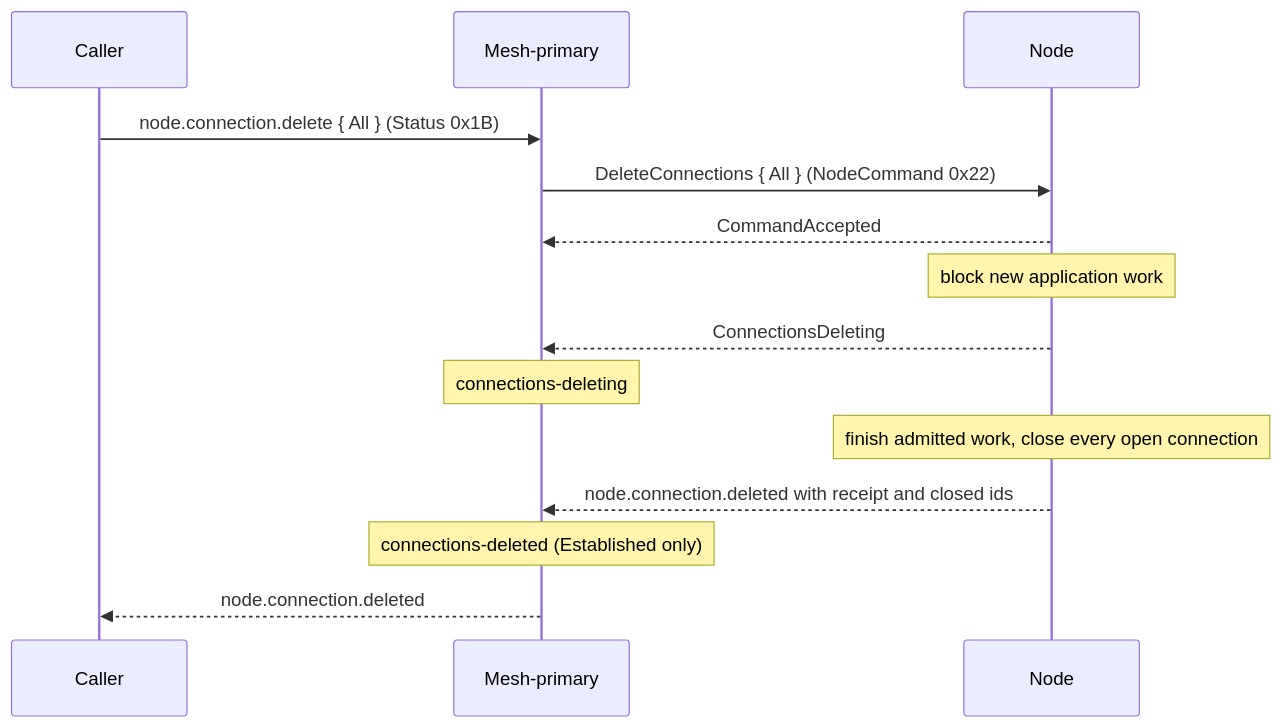
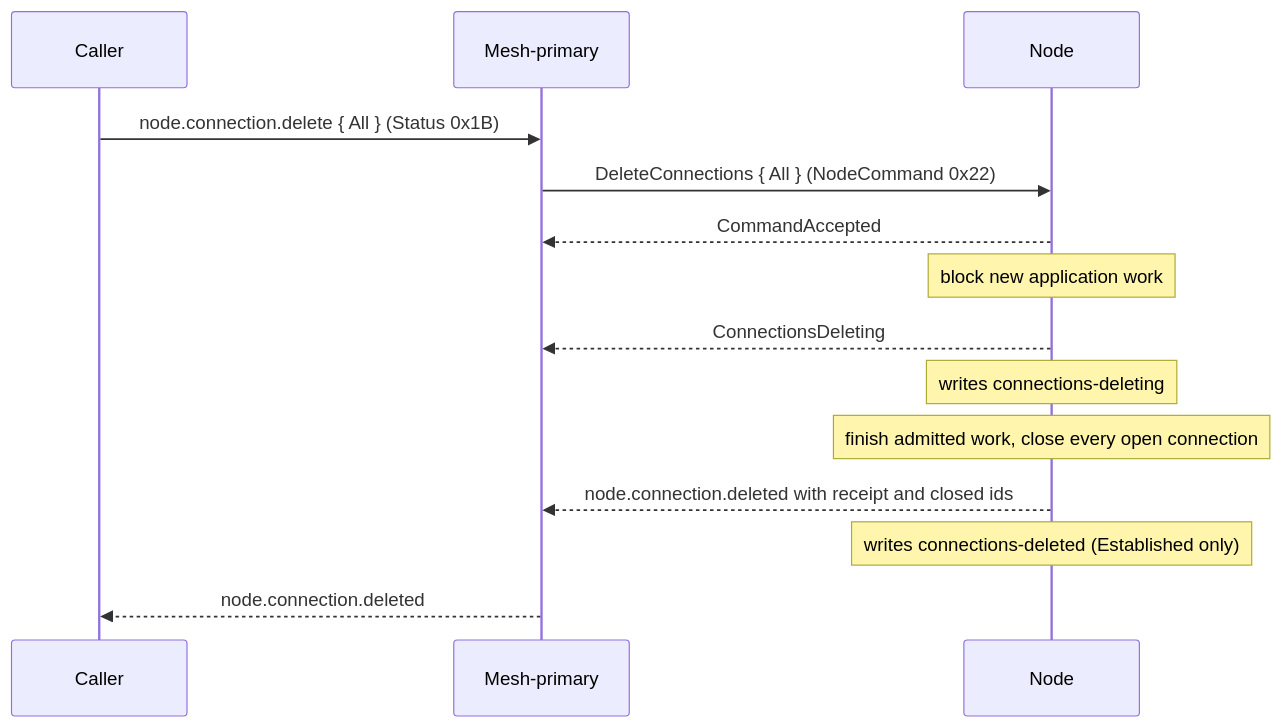
The diagram in docs/architecture/lifecycles/node-connections-delete.md (drlukeangel/rust-distributed-mesh), drawn with Mermaid before and after one commit. The commit also changed other lines of this file and 38 other files, not shown here.

First line of the commit message:
docs(architecture, Q368): every lifecycle page has States written, each state's stored line in full and its write marked in the diagram

````diff
--- a/docs/architecture/lifecycles/node-connections-delete.md
+++ b/docs/architecture/lifecycles/node-connections-delete.md
@@ -94,16 +94,16 @@
 ```mermaid
 sequenceDiagram
     participant C as Caller
     participant M as Mesh-primary
     participant N as Node
     C->>M: node.connection.delete { All } (Status 0x1B)
     M->>N: DeleteConnections { All } (NodeCommand 0x22)
     N-->>M: CommandAccepted
     Note over N: block new application work
     N-->>M: ConnectionsDeleting
-    Note over M: connections-deleting
+    Note over N: writes connections-deleting
     Note over N: finish admitted work, close every open connection
     N-->>M: node.connection.deleted with receipt and closed ids
-    Note over M: connections-deleted (Established only)
+    Note over N: writes connections-deleted (Established only)
     M-->>C: node.connection.deleted
 ```
````
